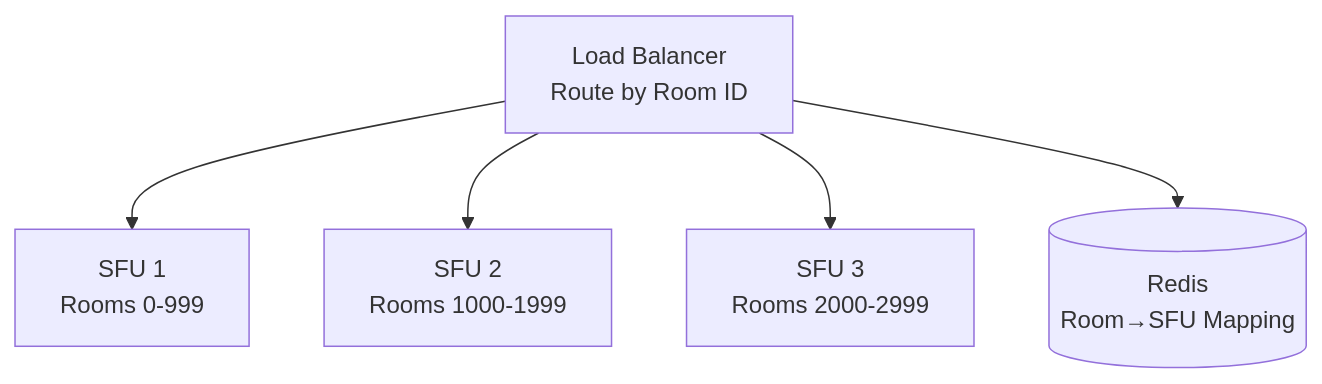
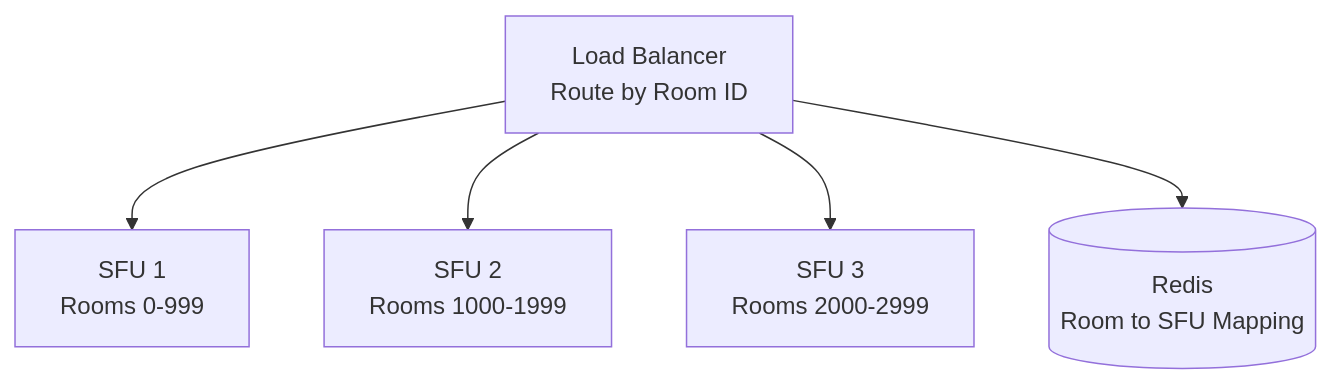
Before and after one commit to zJUNAIDz/vibe-learning-dump: the diagram in WebRTC/10-scaling-and-prod-gotchas.md, drawn with Mermaid. The commit also changed 7 other files, not shown here.

Commit message:
mermaid diagram fixes

````diff
--- a/WebRTC/10-scaling-and-prod-gotchas.md
+++ b/WebRTC/10-scaling-and-prod-gotchas.md
@@ -257,10 +257,10 @@
 ```mermaid
 graph TB
     LB[Load Balancer<br/>Route by Room ID] --> SFU1[SFU 1<br/>Rooms 0-999]
     LB --> SFU2[SFU 2<br/>Rooms 1000-1999]
     LB --> SFU3[SFU 3<br/>Rooms 2000-2999]
     
-    DB[(Redis<br/>Room→SFU Mapping)]
+    DB[(Redis<br/>Room to SFU Mapping)]
     
     LB --> DB
 ```
````
